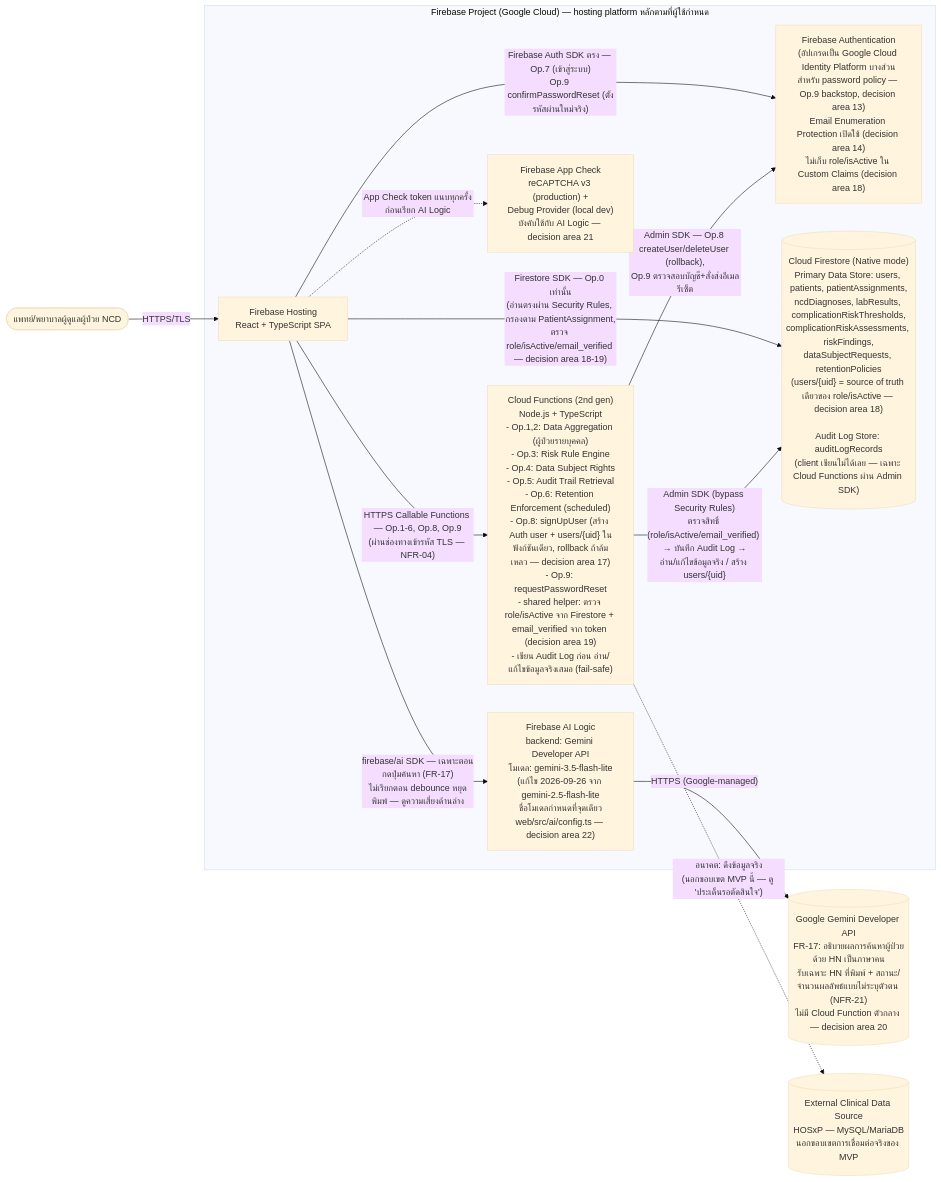
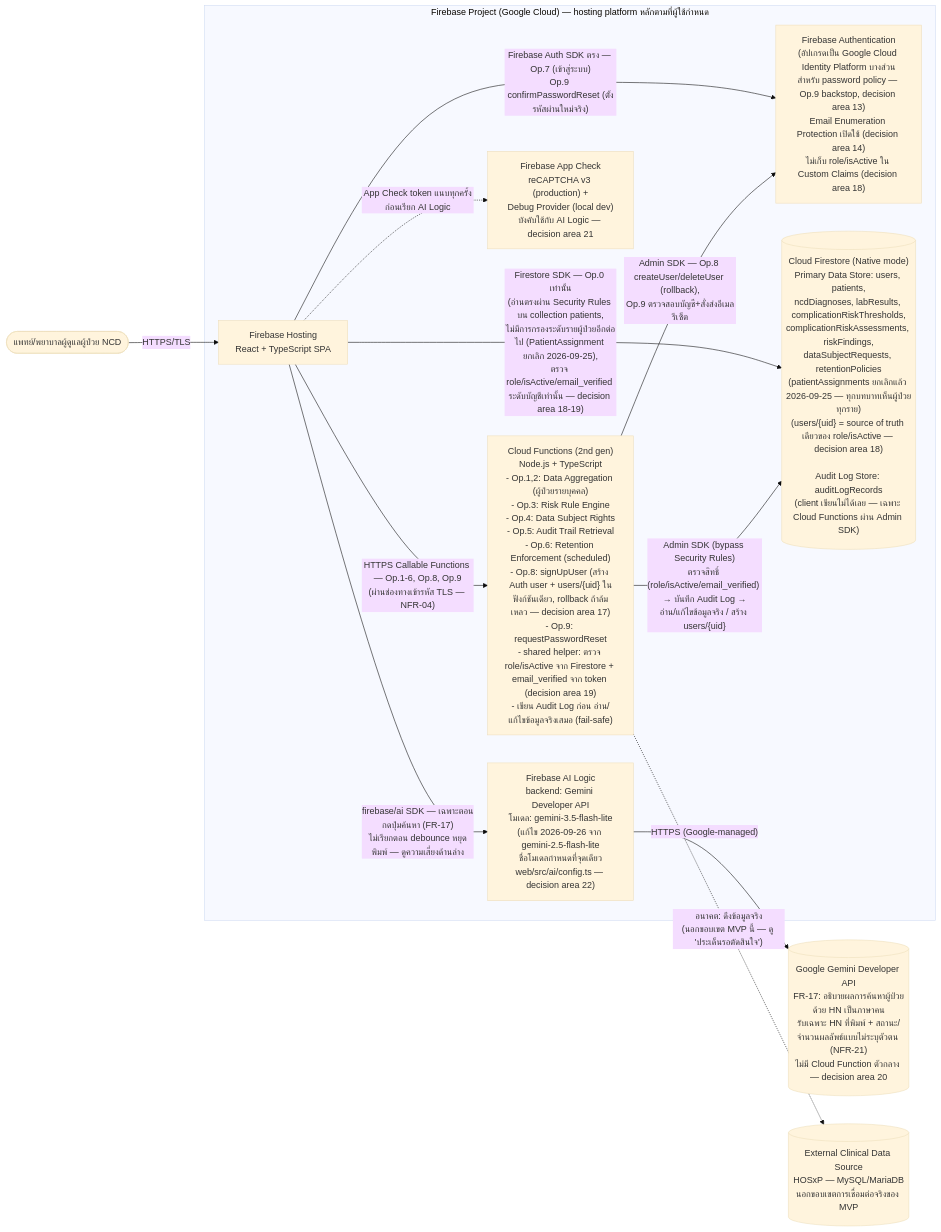
Before and after one commit to fadtypat/track-ncds: the diagram in docs/02-design/02-technical/technology-stack.md, drawn with Mermaid (base theme). The commit also changed other lines of this file and 19 other files, not shown here.

````diff
--- a/docs/02-design/02-technical/technology-stack.md
+++ b/docs/02-design/02-technical/technology-stack.md
@@ -765,28 +813,28 @@
 ```mermaid
 flowchart LR
     User(["แพทย์/พยาบาลผู้ดูแลผู้ป่วย NCD"])
 
     subgraph Firebase["Firebase Project (Google Cloud) — hosting platform หลักตามที่ผู้ใช้กำหนด"]
         Hosting["Firebase Hosting\nReact + TypeScript SPA"]
         Auth["Firebase Authentication\n(อัปเกรดเป็น Google Cloud Identity Platform บางส่วน\nสำหรับ password policy — Op.9 backstop, decision area 13)\nEmail Enumeration Protection เปิดใช้ (decision area 14)\nไม่เก็บ role/isActive ใน Custom Claims (decision area 18)"]
         Functions["Cloud Functions (2nd gen)\nNode.js + TypeScript\n- Op.1,2: Data Aggregation (ผู้ป่วยรายบุคคล)\n- Op.3: Risk Rule Engine\n- Op.4: Data Subject Rights\n- Op.5: Audit Trail Retrieval\n- Op.6: Retention Enforcement (scheduled)\n- Op.8: signUpUser (สร้าง Auth user + users/{uid} ในฟังก์ชันเดียว, rollback ถ้าล้มเหลว — decision area 17)\n- Op.9: requestPasswordReset\n- shared helper: ตรวจ role/isActive จาก Firestore + email_verified จาก token (decision area 19)\n- เขียน Audit Log ก่อน อ่าน/แก้ไขข้อมูลจริงเสมอ (fail-safe)"]
-        Firestore[("Cloud Firestore (Native mode)\nPrimary Data Store: users, patients, patientAssignments,\nncdDiagnoses, labResults, complicationRiskThresholds,\ncomplicationRiskAssessments, riskFindings,\ndataSubjectRequests, retentionPolicies\n(users/{uid} = source of truth เดียวของ role/isActive — decision area 18)\n\nAudit Log Store: auditLogRecords\n(client เขียนไม่ได้เลย — เฉพาะ Cloud Functions ผ่าน Admin SDK)")]
+        Firestore[("Cloud Firestore (Native mode)\nPrimary Data Store: users, patients,\nncdDiagnoses, labResults, complicationRiskThresholds,\ncomplicationRiskAssessments, riskFindings,\ndataSubjectRequests, retentionPolicies\n(patientAssignments ยกเลิกแล้ว 2026-09-25 — ทุกบทบาทเห็นผู้ป่วยทุกราย)\n(users/{uid} = source of truth เดียวของ role/isActive — decision area 18)\n\nAudit Log Store: auditLogRecords\n(client เขียนไม่ได้เลย — เฉพาะ Cloud Functions ผ่าน Admin SDK)")]
         AppCheck["Firebase App Check\nreCAPTCHA v3 (production) +\nDebug Provider (local dev)\nบังคับใช้กับ AI Logic — decision area 21"]
         AILogic["Firebase AI Logic\nbackend: Gemini Developer API\nโมเดล: gemini-3.5-flash-lite\n(แก้ไข 2026-09-26 จาก gemini-2.5-flash-lite\nชื่อโมเดลกำหนดที่จุดเดียว\nweb/src/ai/config.ts — decision area 22)"]
     end
 
     GeminiAPI[("Google Gemini Developer API\nFR-17: อธิบายผลการค้นหาผู้ป่วยด้วย HN เป็นภาษาคน\nรับเฉพาะ HN ที่พิมพ์ + สถานะ/จำนวนผลลัพธ์แบบไม่ระบุตัวตน (NFR-21)\nไม่มี Cloud Function ตัวกลาง — decision area 20")]
 
     ExternalSrc[("External Clinical Data Source\nHOSxP — MySQL/MariaDB\nนอกขอบเขตการเชื่อมต่อจริงของ MVP")]
 
     User -->|HTTPS/TLS| Hosting
     Hosting -->|"Firebase Auth SDK ตรง — Op.7 (เข้าสู่ระบบ)\nOp.9 confirmPasswordReset (ตั้งรหัสผ่านใหม่จริง)"| Auth
-    Hosting -->|"Firestore SDK — Op.0 เท่านั้น\n(อ่านตรงผ่าน Security Rules, กรองตาม PatientAssignment,\nตรวจ role/isActive/email_verified — decision area 18-19)"| Firestore
+    Hosting -->|"Firestore SDK — Op.0 เท่านั้น\n(อ่านตรงผ่าน Security Rules บน collection patients,\nไม่มีการกรองระดับรายผู้ป่วยอีกต่อไป (PatientAssignment ยกเลิก 2026-09-25),\nตรวจ role/isActive/email_verified ระดับบัญชีเท่านั้น — decision area 18-19)"| Firestore
     Hosting -->|"HTTPS Callable Functions — Op.1-6, Op.8, Op.9\n(ผ่านช่องทางเข้ารหัส TLS — NFR-04)"| Functions
     Functions -->|"Admin SDK (bypass Security Rules)\nตรวจสิทธิ์ (role/isActive/email_verified) → บันทึก Audit Log →\nอ่าน/แก้ไขข้อมูลจริง / สร้าง users/{uid}"| Firestore
     Functions -->|"Admin SDK — Op.8 createUser/deleteUser (rollback),\nOp.9 ตรวจสอบบัญชี+สั่งส่งอีเมลรีเซ็ต"| Auth
     Functions -.->|"อนาคต: ดึงข้อมูลจริง\n(นอกขอบเขต MVP นี้ — ดู 'ประเด็นรอตัดสินใจ')"| ExternalSrc
     Hosting -->|"firebase/ai SDK — เฉพาะตอนกดปุ่มค้นหา (FR-17)\nไม่เรียกตอน debounce หยุดพิมพ์ — ดูความเสี่ยงด้านล่าง"| AILogic
     Hosting -.->|"App Check token แนบทุกครั้งก่อนเรียก AI Logic"| AppCheck
     AILogic -->|"HTTPS (Google-managed)"| GeminiAPI
 ```
````
